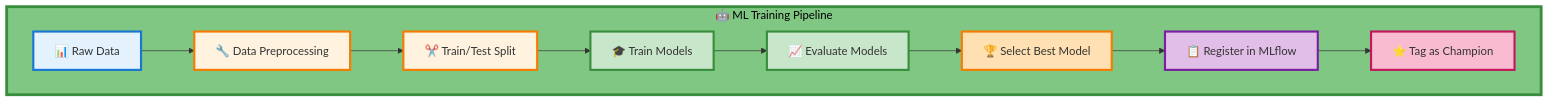
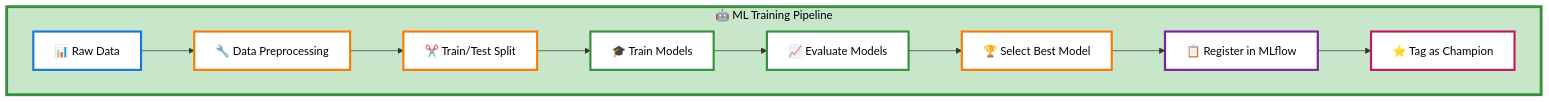
The seventh of 9 diagrams in README.md (2024aa05820/heart-disease-mlops), drawn with Mermaid before and after one commit. The commit also changed other lines of this file, not shown here.

First line of the commit message:
Fix Mermaid diagram text visibility - use white backgrounds for nodes

````diff
--- a/README.md
+++ b/README.md
@@ -474,22 +474,22 @@
 ```mermaid
 graph TB
     subgraph ML_TRAIN["🤖 ML Training Pipeline"]
         A["📊 Raw Data"] --> B["🔧 Data Preprocessing"]
         B --> C["✂️ Train/Test Split"]
         C --> D["🎓 Train Models"]
         D --> E["📈 Evaluate Models"]
         E --> F["🏆 Select Best Model"]
         F --> G["📋 Register in MLflow"]
         G --> H["⭐ Tag as Champion"]
     end
     
-    style ML_TRAIN fill:#81C784,stroke:#388E3C,stroke-width:4px,color:#000
-    style A fill:#E3F2FD,stroke:#1976D2,stroke-width:3px
-    style B fill:#FFF3E0,stroke:#F57C00,stroke-width:3px
-    style C fill:#FFF3E0,stroke:#F57C00,stroke-width:3px
-    style D fill:#C8E6C9,stroke:#388E3C,stroke-width:3px
-    style E fill:#C8E6C9,stroke:#388E3C,stroke-width:3px
-    style F fill:#FFE0B2,stroke:#F57C00,stroke-width:3px
-    style G fill:#E1BEE7,stroke:#7B1FA2,stroke-width:3px
-    style H fill:#F8BBD0,stroke:#C2185B,stroke-width:3px
+    style ML_TRAIN fill:#C8E6C9,stroke:#388E3C,stroke-width:4px,color:#000000
+    style A fill:#FFFFFF,stroke:#1976D2,stroke-width:3px,color:#000000
+    style B fill:#FFFFFF,stroke:#F57C00,stroke-width:3px,color:#000000
+    style C fill:#FFFFFF,stroke:#F57C00,stroke-width:3px,color:#000000
+    style D fill:#FFFFFF,stroke:#388E3C,stroke-width:3px,color:#000000
+    style E fill:#FFFFFF,stroke:#388E3C,stroke-width:3px,color:#000000
+    style F fill:#FFFFFF,stroke:#F57C00,stroke-width:3px,color:#000000
+    style G fill:#FFFFFF,stroke:#7B1FA2,stroke-width:3px,color:#000000
+    style H fill:#FFFFFF,stroke:#C2185B,stroke-width:3px,color:#000000
 ```
````
